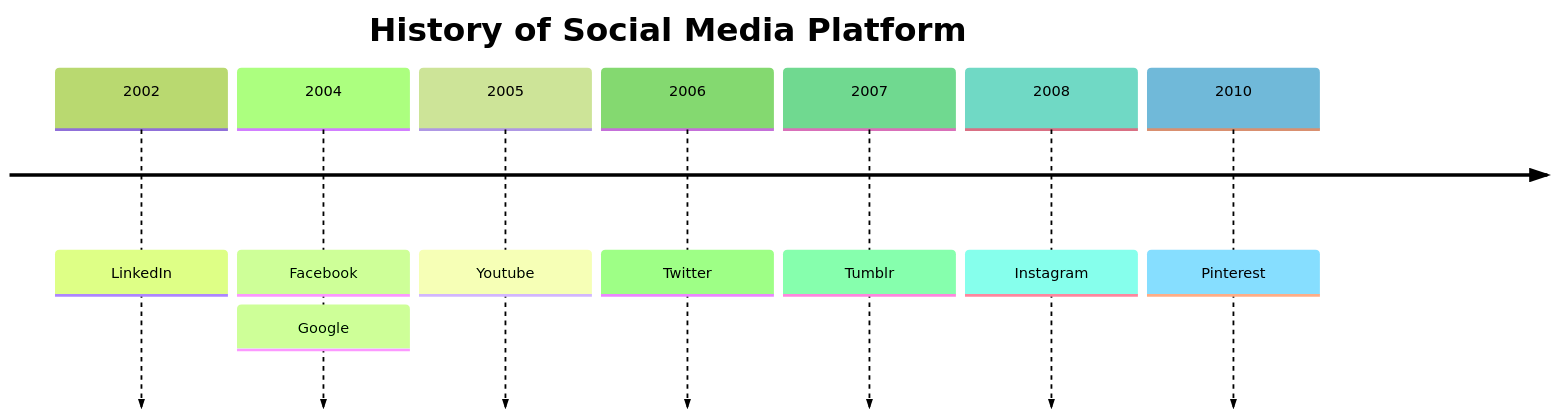
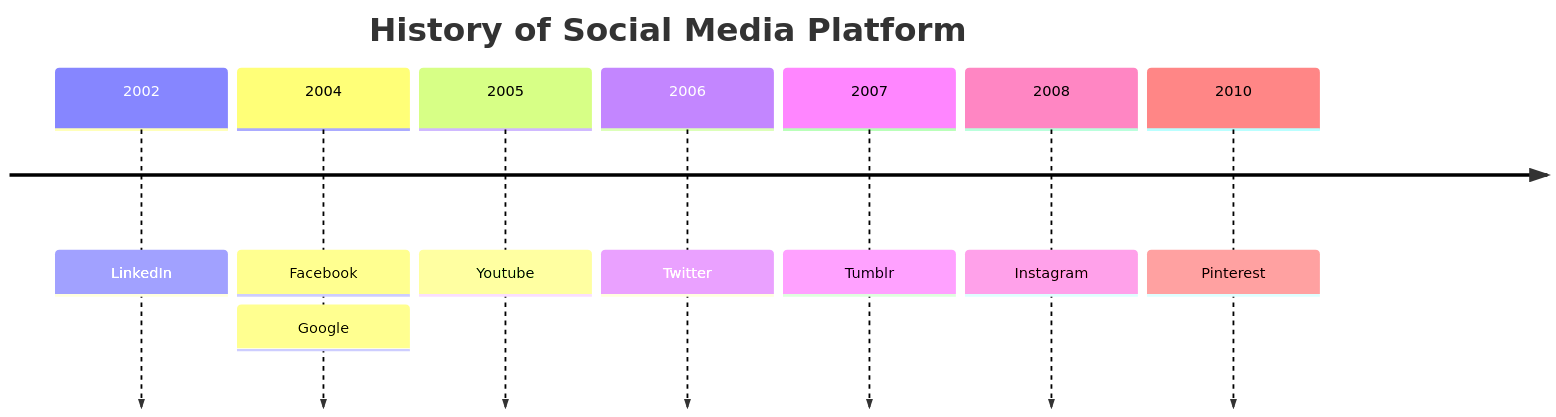
The third of 7 diagrams in src/site/notes/mermaid.md (UNLINEARITY/Learn-Everything), drawn with Mermaid before and after one commit. The commit also changed other lines of this file, not shown here.

Commit message:
Update content src/site/notes/mermaid.md

````diff
--- a/src/site/notes/mermaid.md
+++ b/src/site/notes/mermaid.md
@@ -21,13 +21,11 @@
 ```mermaid  
- %%{init: { 'logLevel': 'debug', 'theme': 'forest' } }%%
-		timeline
-			title History of Social Media Platform
-			  2002 : LinkedIn
-			  2004 : Facebook : Google
-			  2005 : Youtube
-			  2006 : Twitter
-			  2007 : Tumblr
-			  2008 : Instagram
-			  2010 : Pinterest
-  
+timeline
+	title History of Social Media Platform
+	  2002 : LinkedIn
+	  2004 : Facebook : Google
+	  2005 : Youtube
+	  2006 : Twitter
+	  2007 : Tumblr
+	  2008 : Instagram
+	  2010 : Pinterest
 ```
````
